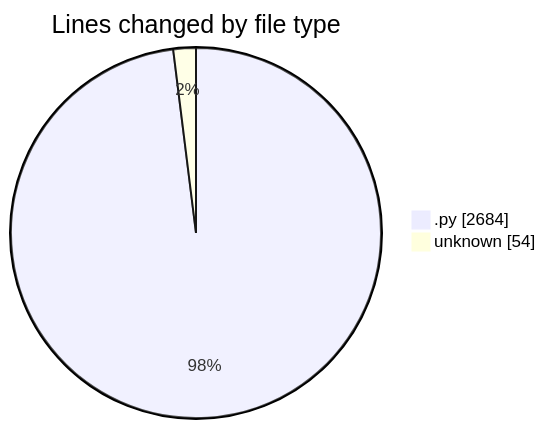
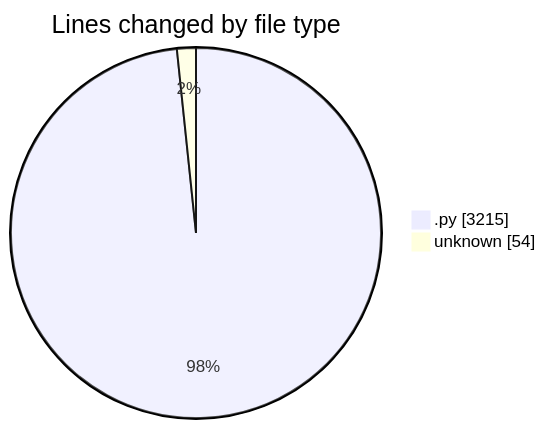
Before and after one commit to julien-gomy/code-tracking: the first of 2 diagrams in 2025-11-21/eventscop-api-guide__workspace_/README.md, drawn with Mermaid. The commit also changed other lines of this file and 1 other file, not shown here.

````diff
--- a/2025-11-21/eventscop-api-guide__workspace_/README.md
+++ b/2025-11-21/eventscop-api-guide__workspace_/README.md
@@ -32,6 +34,6 @@
 ```mermaid
 pie showData
 title Lines changed by file type
-".py" : 2684
+".py" : 3215
 "unknown" : 54
 ```
````
